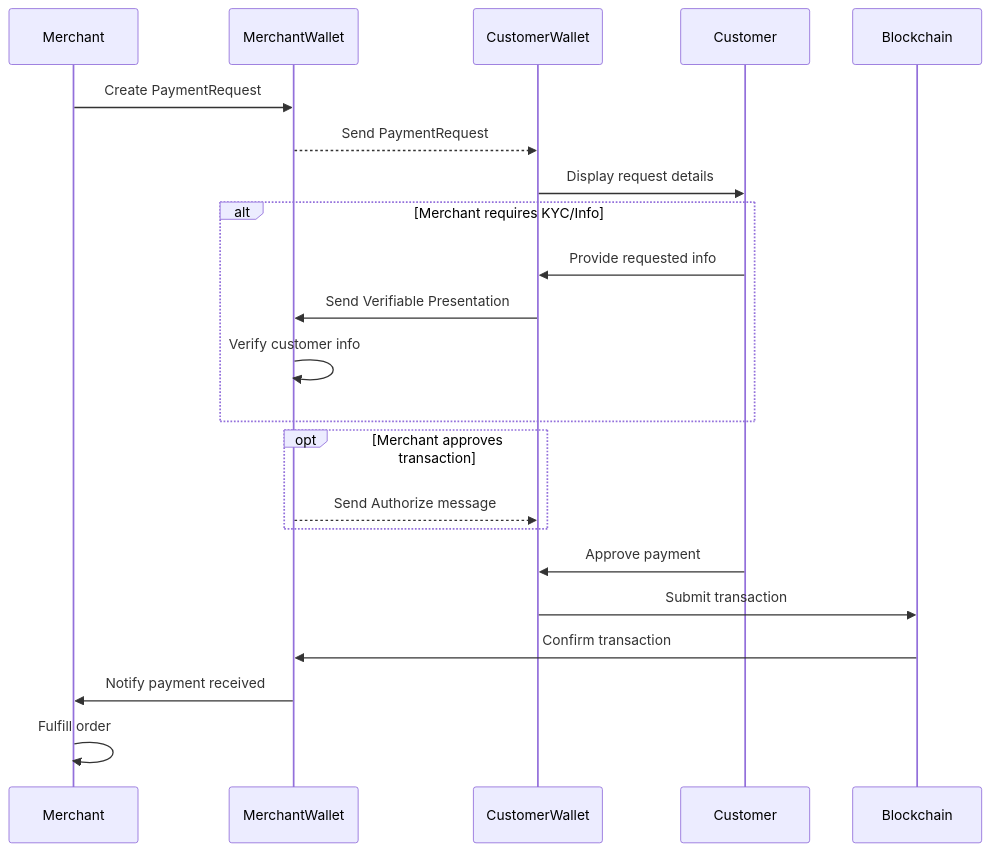
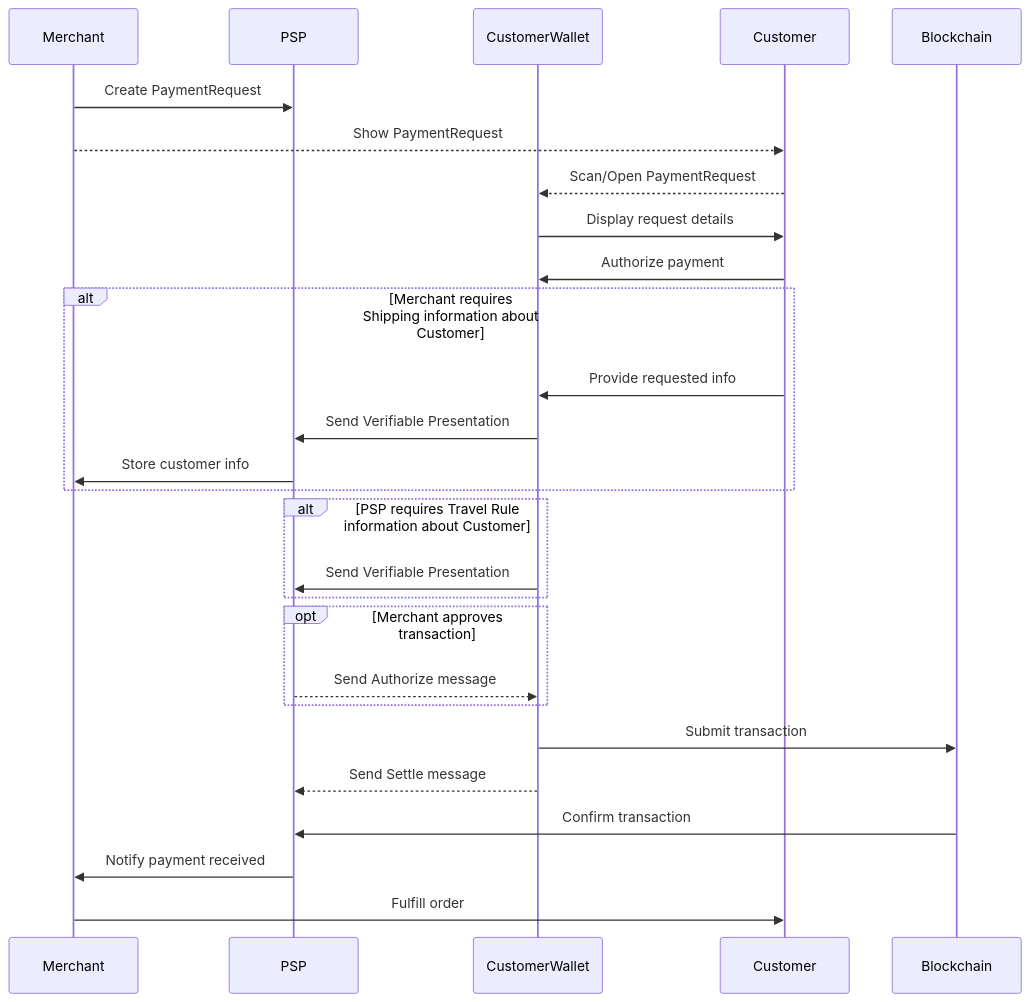
One commit to TransactionAuthorizationProtocol/TAIPs changed the third of 4 diagrams in TAIPs/taip-14.md. Above: the diagram before and after it, drawn with Mermaid. The commit also changed other lines of this file and 1 other file, not shown here.

Commit message:
Clarified PaymentRequest flows

````diff
--- a/TAIPs/taip-14.md
+++ b/TAIPs/taip-14.md
@@ -101,28 +102,34 @@
 ```mermaid
 sequenceDiagram
     participant Merchant
-    participant MerchantWallet
+    participant PSP
     participant CustomerWallet
     participant Customer
     participant Blockchain
 
-    Merchant->>MerchantWallet: Create PaymentRequest
-    MerchantWallet-->>CustomerWallet: Send PaymentRequest
+    Merchant->>PSP: Create PaymentRequest
+    Merchant-->>Customer: Show PaymentRequest
+    Customer -->> CustomerWallet: Scan/Open PaymentRequest
     CustomerWallet->>Customer: Display request details
-    
-    alt Merchant requires KYC/Info
+    Customer->>CustomerWallet: Authorize payment
+
+    alt Merchant requires Shipping information about Customer
         Customer->>CustomerWallet: Provide requested info
-        CustomerWallet->>MerchantWallet: Send Verifiable Presentation
-        MerchantWallet->>MerchantWallet: Verify customer info
+        CustomerWallet->>PSP: Send Verifiable Presentation
+        PSP->>Merchant: Store customer info
+    end
+
+    alt PSP requires Travel Rule information about Customer
+        CustomerWallet->>PSP: Send Verifiable Presentation
     end
 
     opt Merchant approves transaction
-        MerchantWallet-->>CustomerWallet: Send Authorize message
+        PSP-->>CustomerWallet: Send Authorize message
     end
 
-    Customer->>CustomerWallet: Approve payment
     CustomerWallet->>Blockchain: Submit transaction
-    Blockchain->>MerchantWallet: Confirm transaction
-    MerchantWallet->>Merchant: Notify payment received
-    Merchant->>Merchant: Fulfill order
+    CustomerWallet-->>PSP: Send Settle message
+    Blockchain->>PSP: Confirm transaction
+    PSP->>Merchant: Notify payment received
+    Merchant->>Customer: Fulfill order
 ```
````
